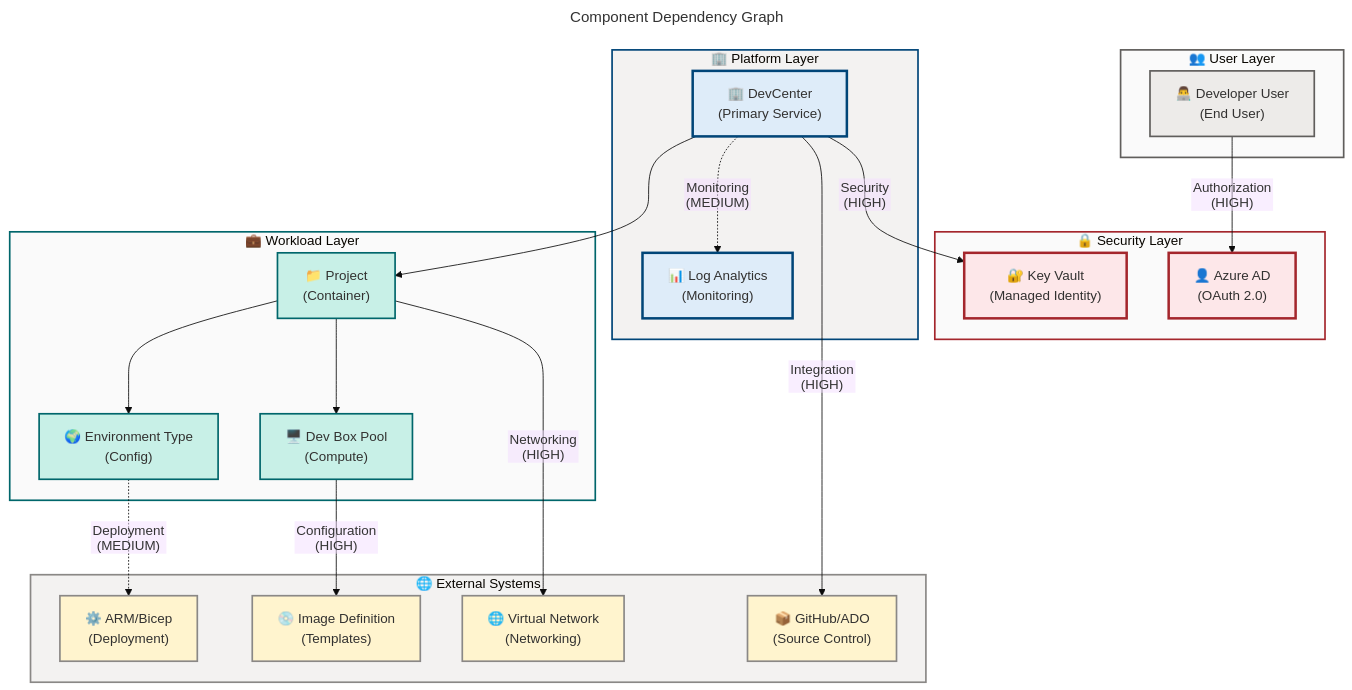
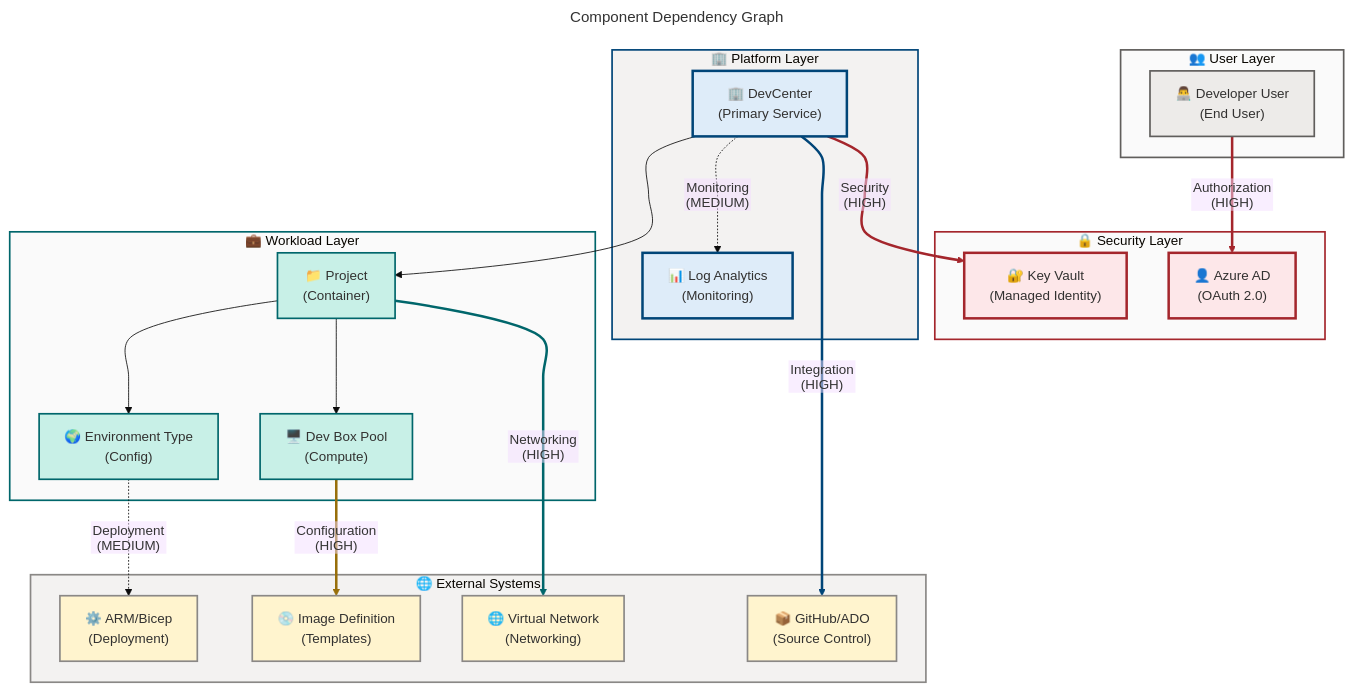
The third of 4 diagrams in docs/architecture/Business-Architecture.md (Evilazaro/DevExp-DevBox), drawn with Mermaid before and after one commit. The commit also changed other lines of this file, not shown here.

Commit message:
feat: enhance Mermaid diagrams with advanced edge animations and styling for critical paths

```diff
--- a/docs/architecture/Business-Architecture.md
+++ b/docs/architecture/Business-Architecture.md
@@ -858,6 +872,9 @@
     fontSize: '16px'
   flowchart:
     htmlLabels: false
+    curve: catmullRom
+    nodeSpacing: 50
+    rankSpacing: 50
 ---
 flowchart TB
     accTitle: Component Dependency Graph - DevExp-DevBox Platform
@@ -894,12 +911,19 @@
         DEV["👨‍💻 Developer User<br/>(End User)"]:::user
     end
 
-    %% High Impact Dependencies (solid lines)
-    DC -->|"Security<br/>(HIGH)"| KV
-    DC -->|"Integration<br/>(HIGH)"| GH
-    PROJ -->|"Networking<br/>(HIGH)"| NET
-    POOL -->|"Configuration<br/>(HIGH)"| IMG
-    DEV -->|"Authorization<br/>(HIGH)"| AAD
+    %% High Impact Dependencies (solid lines with emphasis)
+    DC e5@==>|"Security<br/>(HIGH)"| KV
+    DC e6@==>|"Integration<br/>(HIGH)"| GH
+    PROJ e7@==>|"Networking<br/>(HIGH)"| NET
+    POOL e8@==>|"Configuration<br/>(HIGH)"| IMG
+    DEV e9@==>|"Authorization<br/>(HIGH)"| AAD
+
+    %% High-impact edge styling (P3 feature)
+    linkStyle 0 stroke:#A4262C,stroke-width:3px
+    linkStyle 1 stroke:#004578,stroke-width:3px
+    linkStyle 2 stroke:#00666B,stroke-width:3px
+    linkStyle 3 stroke:#986F0B,stroke-width:3px
+    linkStyle 4 stroke:#A4262C,stroke-width:3px
 
     %% Medium Impact Dependencies (dashed lines)
     DC -.->|"Monitoring<br/>(MEDIUM)"| LA
```
